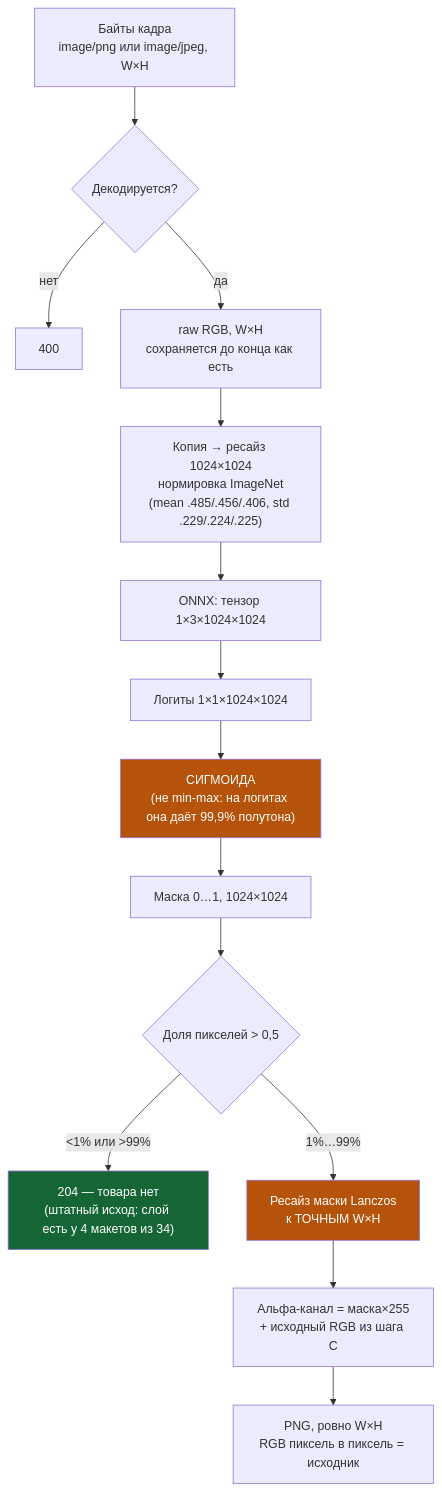
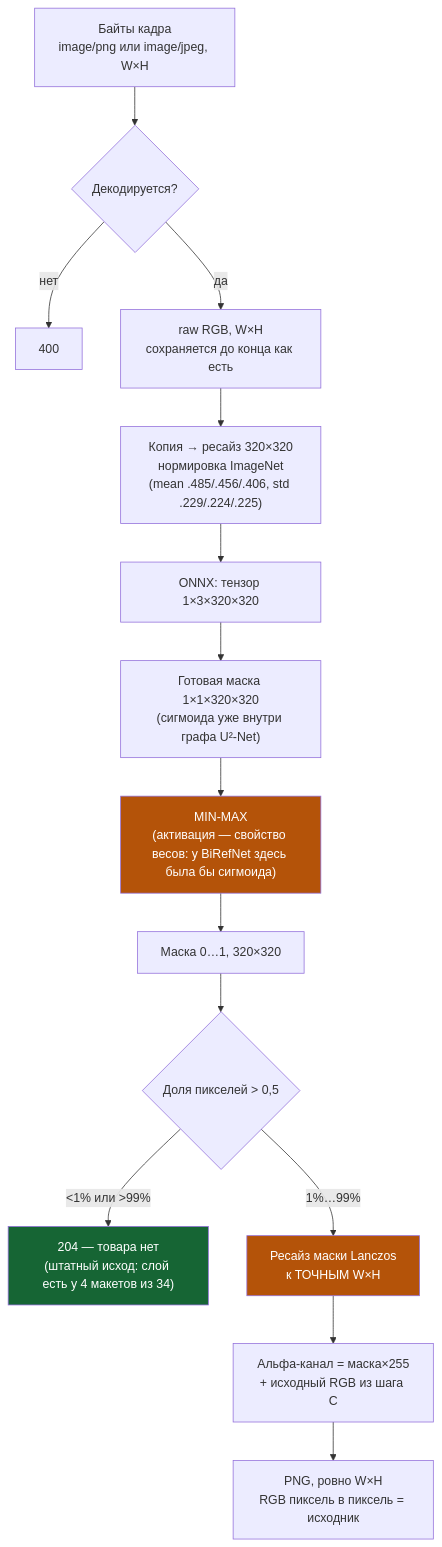
The fourth of 6 diagrams in docs/VISUALS.md (ovr58/cutout_runner), drawn with Mermaid before and after one commit. The commit also changed other lines of this file and 24 other files, not shown here.

First line of the commit message:
feat(model): вырез считает u2netp, активация стала свойством весов

````diff
--- a/docs/VISUALS.md
+++ b/docs/VISUALS.md
@@ -115,20 +115,20 @@
 ```mermaid
 flowchart TD
     A["Байты кадра<br/>image/png или image/jpeg, W×H"] --> B{"Декодируется?"}
     B -- нет --> B4["400"]
     B -- да --> C["raw RGB, W×H<br/>сохраняется до конца как есть"]
-    C --> D["Копия → ресайз 1024×1024<br/>нормировка ImageNet<br/>(mean .485/.456/.406, std .229/.224/.225)"]
-    D --> E["ONNX: тензор 1×3×1024×1024"]
-    E --> F["Логиты 1×1×1024×1024"]
-    F --> G["СИГМОИДА<br/>(не min-max: на логитах она даёт 99,9% полутона)"]
-    G --> H["Маска 0…1, 1024×1024"]
+    C --> D["Копия → ресайз 320×320<br/>нормировка ImageNet<br/>(mean .485/.456/.406, std .229/.224/.225)"]
+    D --> E["ONNX: тензор 1×3×320×320"]
+    E --> F["Готовая маска 1×1×320×320<br/>(сигмоида уже внутри графа U²-Net)"]
+    F --> G["MIN-MAX<br/>(активация — свойство весов: у BiRefNet здесь была бы сигмоида)"]
+    G --> H["Маска 0…1, 320×320"]
     H --> I{"Доля пикселей > 0,5"}
     I -- "<1% или >99%" --> I2["204 — товара нет<br/>(штатный исход: слой есть у 4 макетов из 34)"]
     I -- "1%…99%" --> J["Ресайз маски Lanczos<br/>к ТОЧНЫМ W×H"]
     J --> K["Альфа-канал = маска×255<br/>+ исходный RGB из шага C"]
     K --> L["PNG, ровно W×H<br/>RGB пиксель в пиксель = исходник"]
 
     style G fill:#b45309,color:#fff
     style J fill:#b45309,color:#fff
     style I2 fill:#166534,color:#fff
 ```
````
